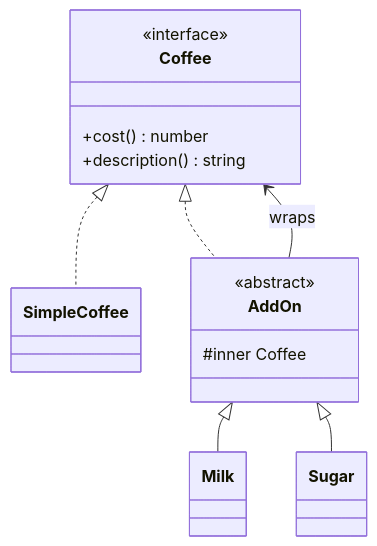
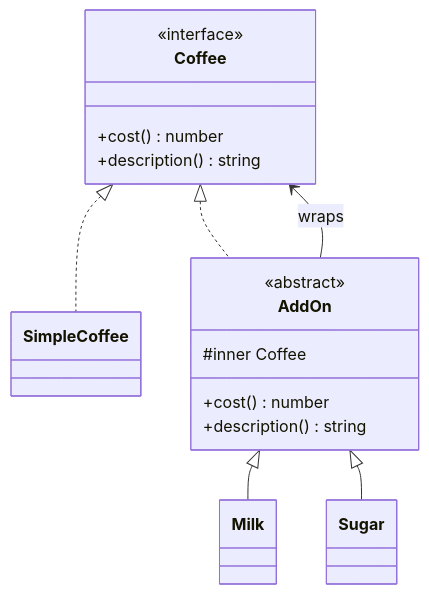
One commit to iamrs77/interview-ready changed the first of 2 diagrams in content/low-level-design/design-patterns/decorator.mdx. Above: the diagram before and after it, drawn with Mermaid. The commit also changed other lines of this file and 70 other files, not shown here.

````diff
--- a/content/low-level-design/design-patterns/decorator.mdx
+++ b/content/low-level-design/design-patterns/decorator.mdx
@@ -64,21 +64,23 @@
 ```mermaid
 classDiagram
   direction TB
   class Coffee:::iface {
     <<interface>>
     +cost() number
     +description() string
   }
   class SimpleCoffee:::concrete
   class AddOn:::abstract {
     <<abstract>>
     #inner Coffee
+    +cost() number
+    +description() string
   }
   class Milk:::concrete
   class Sugar:::concrete
   Coffee <|.. SimpleCoffee
   Coffee <|.. AddOn
   AddOn <|-- Milk
   AddOn <|-- Sugar
   AddOn --> Coffee : wraps
 ```
````
